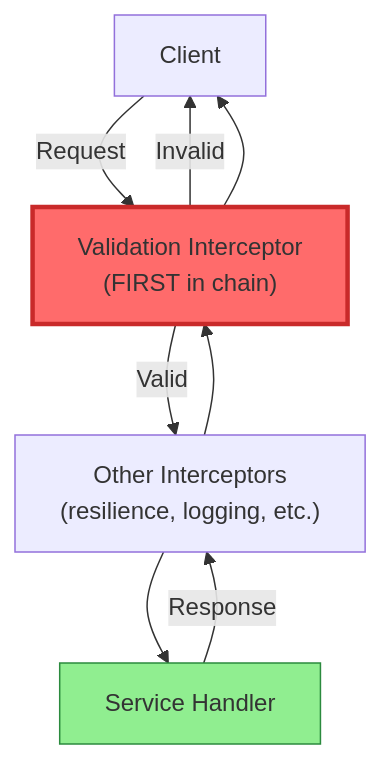
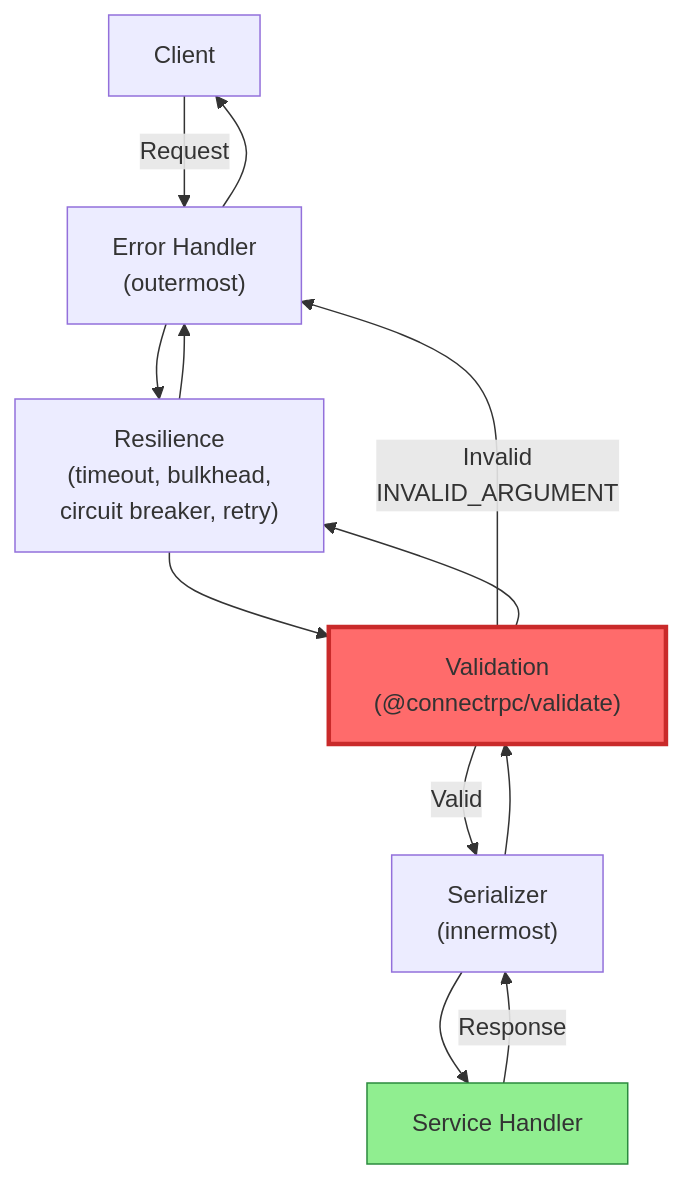
Before and after one commit to Connectum-Framework/docs: the diagram in en/contributing/adr/005-input-validation-strategy.md, drawn with Mermaid. The commit also changed other lines of this file and 2 other files, not shown here.

````diff
--- a/en/contributing/adr/005-input-validation-strategy.md
+++ b/en/contributing/adr/005-input-validation-strategy.md
@@ -52,18 +59,24 @@
 ```mermaid
 graph TB
     client["Client"]
-    validationInterceptor["Validation Interceptor<br/>(FIRST in chain)"]
-    otherInterceptors["Other Interceptors<br/>(resilience, logging, etc.)"]
+    errorHandler["Error Handler<br/>(outermost)"]
+    resilience["Resilience<br/>(timeout, bulkhead,<br/>circuit breaker, retry)"]
+    validation["Validation<br/>(@connectrpc/validate)"]
+    serializer["Serializer<br/>(innermost)"]
     handler["Service Handler"]
 
-    client -->|"Request"| validationInterceptor
-    validationInterceptor -->|"Valid"| otherInterceptors
-    validationInterceptor -->|"Invalid"| client
-    otherInterceptors --> handler
-    handler -->|"Response"| otherInterceptors
-    otherInterceptors --> validationInterceptor
-    validationInterceptor --> client
+    client -->|"Request"| errorHandler
+    errorHandler --> resilience
+    resilience --> validation
+    validation -->|"Valid"| serializer
+    validation -->|"Invalid<br/>INVALID_ARGUMENT"| errorHandler
+    serializer --> handler
+    handler -->|"Response"| serializer
+    serializer --> validation
+    validation --> resilience
+    resilience --> errorHandler
+    errorHandler --> client
 
-    style validationInterceptor fill:#ff6b6b,stroke:#c92a2a,stroke-width:3px
+    style validation fill:#ff6b6b,stroke:#c92a2a,stroke-width:3px
     style handler fill:#90ee90,stroke:#2b8a3e
 ```
````
